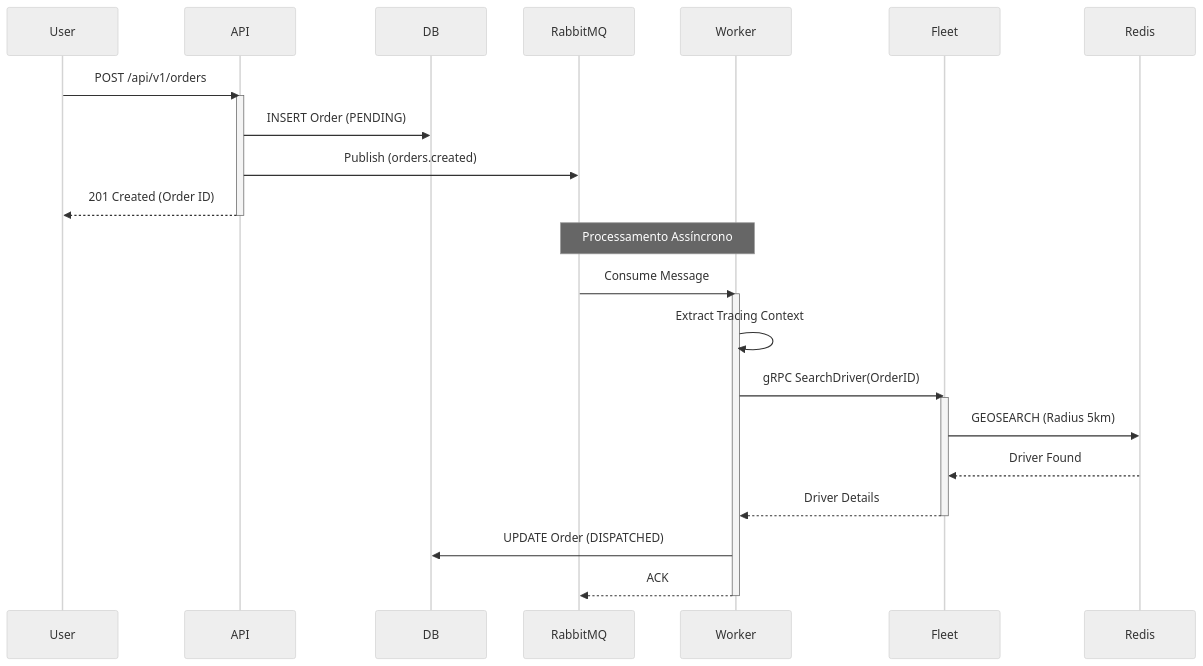
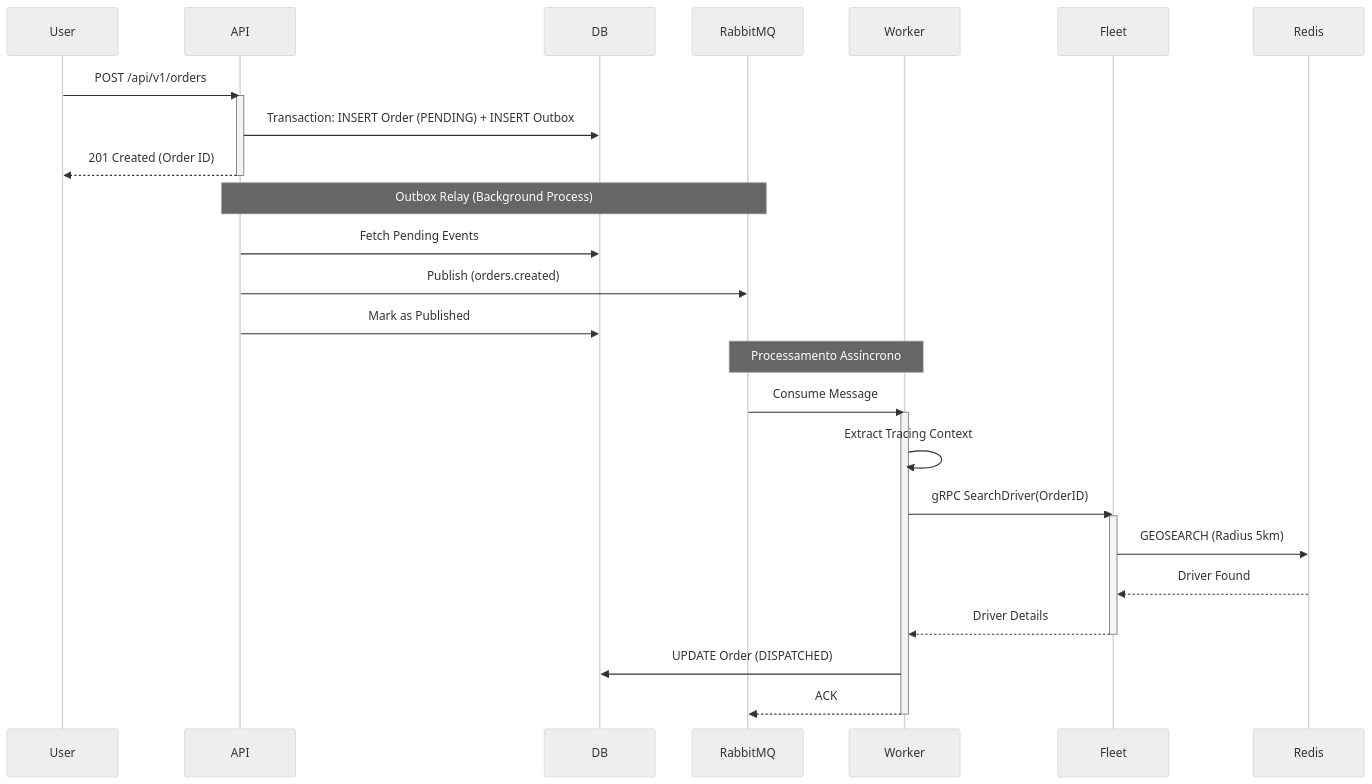
One commit to DioGolang/GoFleet changed the second of 3 diagrams in README.md. Above: the diagram before and after it, drawn with Mermaid (neutral theme). The commit also changed other lines of this file, not shown here.

````diff
--- a/README.md
+++ b/README.md
@@ -61,35 +61,39 @@
 ```mermaid
 sequenceDiagram
     participant User
     participant API
     participant DB
     participant RabbitMQ
     participant Worker
     participant Fleet
     participant Redis
 
     User->>API: POST /api/v1/orders
     activate API
-    API->>DB: INSERT Order (PENDING)
-    API->>RabbitMQ: Publish (orders.created)
+    API->>DB: Transaction: INSERT Order (PENDING) + INSERT Outbox
     API-->>User: 201 Created (Order ID)
     deactivate API
+
+    Note over API,RabbitMQ: Outbox Relay (Background Process)
+    API->>DB: Fetch Pending Events
+    API->>RabbitMQ: Publish (orders.created)
+    API->>DB: Mark as Published
 
     Note over RabbitMQ,Worker: Processamento Assíncrono
 
     RabbitMQ->>Worker: Consume Message
     activate Worker
     Worker->>Worker: Extract Tracing Context
     
     Worker->>Fleet: gRPC SearchDriver(OrderID)
     activate Fleet
     Fleet->>Redis: GEOSEARCH (Radius 5km)
     Redis-->>Fleet: Driver Found
     Fleet-->>Worker: Driver Details
     deactivate Fleet
 
     Worker->>DB: UPDATE Order (DISPATCHED)
     Worker-->>RabbitMQ: ACK
     deactivate Worker
 
 ```
````
